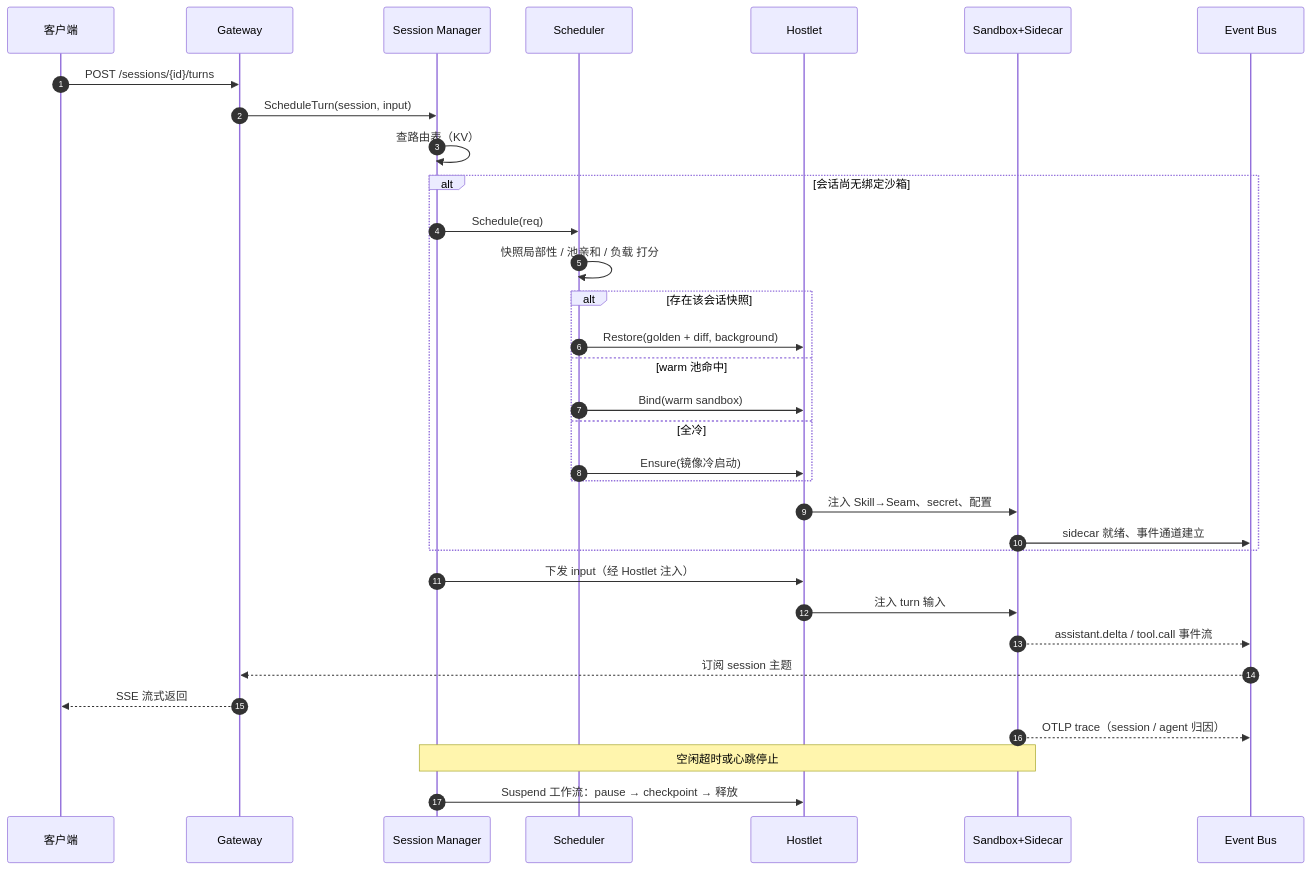
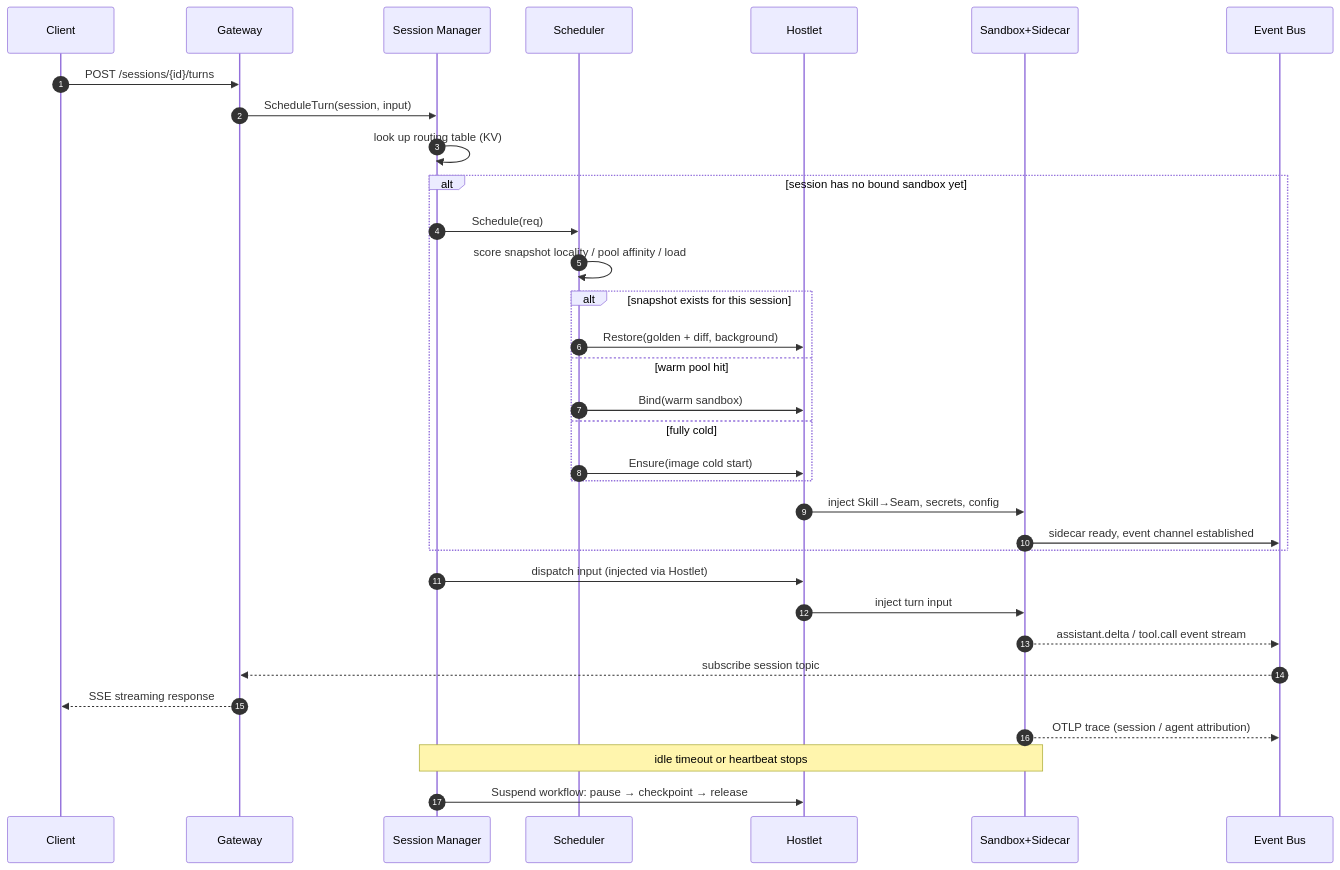
The second of 4 diagrams in agent-runtime-architecture.md (Woody-Hu/whirlwind), drawn with Mermaid before and after one commit. The commit also changed other lines of this file and 4 other files, not shown here.

````diff
--- a/agent-runtime-architecture.md
+++ b/agent-runtime-architecture.md
@@ -167,36 +122,36 @@
 ```mermaid
 sequenceDiagram
   autonumber
-  participant C as 客户端
+  participant C as Client
   participant G as Gateway
   participant CM as Session Manager
   participant SC as Scheduler
   participant HL as Hostlet
   participant SB as Sandbox+Sidecar
   participant BUS as Event Bus
 
   C->>G: POST /sessions/{id}/turns
   G->>CM: ScheduleTurn(session, input)
-  CM->>CM: 查路由表（KV）
-  alt 会话尚无绑定沙箱
+  CM->>CM: look up routing table (KV)
+  alt session has no bound sandbox yet
     CM->>SC: Schedule(req)
-    SC->>SC: 快照局部性 / 池亲和 / 负载 打分
-    alt 存在该会话快照
+    SC->>SC: score snapshot locality / pool affinity / load
+    alt snapshot exists for this session
       SC->>HL: Restore(golden + diff, background)
-    else warm 池命中
+    else warm pool hit
       SC->>HL: Bind(warm sandbox)
-    else 全冷
-      SC->>HL: Ensure(镜像冷启动)
+    else fully cold
+      SC->>HL: Ensure(image cold start)
     end
-    HL->>SB: 注入 Skill→Seam、secret、配置
-    SB->>BUS: sidecar 就绪、事件通道建立
+    HL->>SB: inject Skill→Seam, secrets, config
+    SB->>BUS: sidecar ready, event channel established
   end
-  CM->>HL: 下发 input（经 Hostlet 注入）
-  HL->>SB: 注入 turn 输入
-  SB-->>BUS: assistant.delta / tool.call 事件流
-  BUS-->>G: 订阅 session 主题
-  G-->>C: SSE 流式返回
-  SB-->>BUS: OTLP trace（session / agent 归因）
-  Note over CM,SB: 空闲超时或心跳停止
-  CM->>HL: Suspend 工作流：pause → checkpoint → 释放
+  CM->>HL: dispatch input (injected via Hostlet)
+  HL->>SB: inject turn input
+  SB-->>BUS: assistant.delta / tool.call event stream
+  BUS-->>G: subscribe session topic
+  G-->>C: SSE streaming response
+  SB-->>BUS: OTLP trace (session / agent attribution)
+  Note over CM,SB: idle timeout or heartbeat stops
+  CM->>HL: Suspend workflow: pause → checkpoint → release
 ```
````
